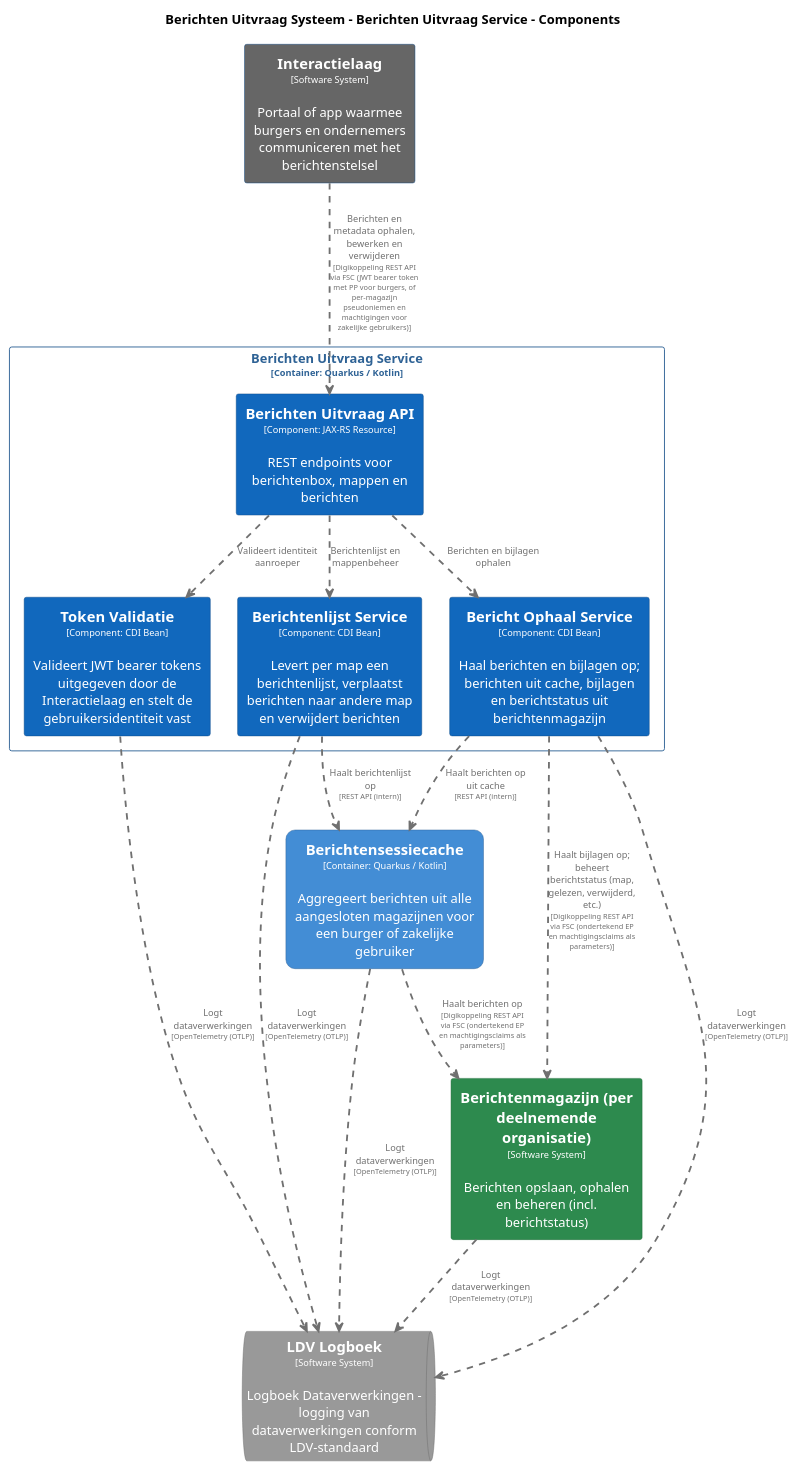
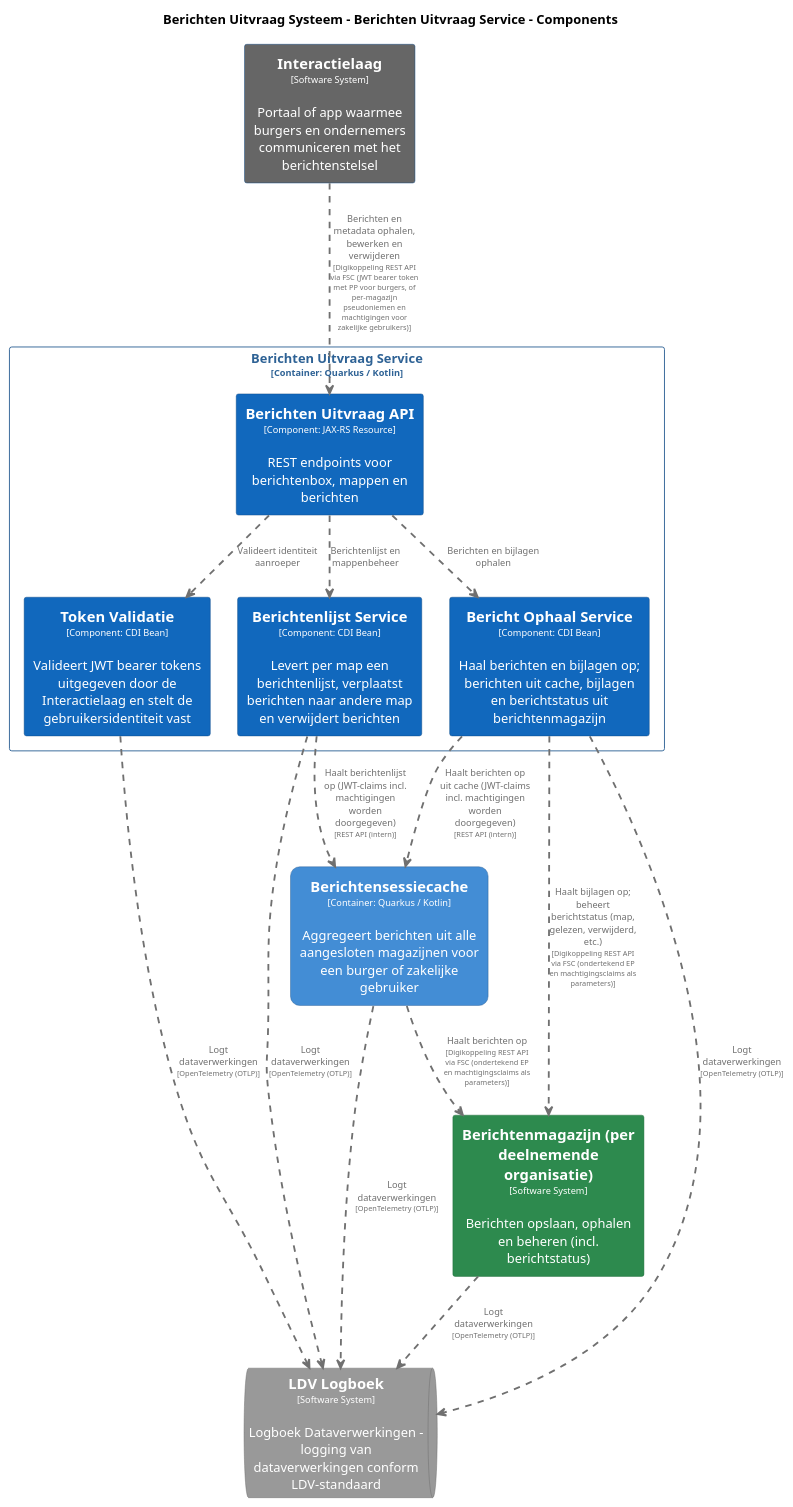
One commit to MinBZK/moza-poc-fbs-berichtenbox changed the diagram in pr-preview/pr-22/master/puml/BerichtenUitvraagServiceComponenten.puml. Above: the diagram before and after it, drawn with PlantUML. The commit also changed 30 other files, not shown here.

```diff
--- a/pr-preview/pr-22/master/puml/BerichtenUitvraagServiceComponenten.puml
+++ b/pr-preview/pr-22/master/puml/BerichtenUitvraagServiceComponenten.puml
@@ -1,98 +1,98 @@
 @startuml
 set separator none
 title Berichten Uitvraag Systeem - Berichten Uitvraag Service - Components
 
 top to bottom direction
 skinparam ranksep 60
 skinparam nodesep 30
 
 skinparam {
   arrowFontSize 10
   defaultTextAlignment center
   wrapWidth 200
   maxMessageSize 100
 }
 
 hide stereotype
 
 skinparam rectangle<<BerichtenUitvraagSysteem.BerichtenUitvraagService.BerichtOphaalService>> {
   BackgroundColor #1168bd
   FontColor #ffffff
   BorderColor #0b4884
   shadowing false
 }
 skinparam rectangle<<BerichtenUitvraagSysteem.BerichtenUitvraagService.BerichtenUitvraagAPI>> {
   BackgroundColor #1168bd
   FontColor #ffffff
   BorderColor #0b4884
   shadowing false
 }
 skinparam rectangle<<BerichtenUitvraagSysteem.BerichtenUitvraagService.BerichtenlijstService>> {
   BackgroundColor #1168bd
   FontColor #ffffff
   BorderColor #0b4884
   shadowing false
 }
 skinparam rectangle<<Berichtenmagazijnperdeelnemendeorganisatie>> {
   BackgroundColor #2d8a4e
   FontColor #ffffff
   BorderColor #1e6b38
   shadowing false
 }
 skinparam rectangle<<BerichtenUitvraagSysteem.Berichtensessiecache>> {
   BackgroundColor #438dd5
   FontColor #ffffff
   BorderColor #2e6295
   roundCorner 20
   shadowing false
 }
 skinparam rectangle<<Interactielaag>> {
   BackgroundColor #666666
   FontColor #ffffff
   BorderColor #0b4884
   shadowing false
 }
 skinparam queue<<LDVLogboek>> {
   BackgroundColor #999999
   FontColor #ffffff
   BorderColor #6b6b6b
   shadowing false
 }
 skinparam rectangle<<BerichtenUitvraagSysteem.BerichtenUitvraagService.TokenValidatie>> {
   BackgroundColor #1168bd
   FontColor #ffffff
   BorderColor #0b4884
   shadowing false
 }
 skinparam rectangle<<BerichtenUitvraagSysteem.BerichtenUitvraagService>> {
   BorderColor #2e6295
   FontColor #2e6295
   shadowing false
 }
 
 rectangle "==Interactielaag\n<size:10>[Software System]</size>\n\nPortaal of app waarmee burgers en ondernemers communiceren met het berichtenstelsel" <<Interactielaag>> as Interactielaag
 rectangle "==Berichtenmagazijn (per deelnemende organisatie)\n<size:10>[Software System]</size>\n\nBerichten opslaan, ophalen en beheren (incl. berichtstatus)" <<Berichtenmagazijnperdeelnemendeorganisatie>> as Berichtenmagazijnperdeelnemendeorganisatie
 rectangle "==Berichtensessiecache\n<size:10>[Container: Quarkus / Kotlin]</size>\n\nAggregeert berichten uit alle aangesloten magazijnen voor een burger of zakelijke gebruiker" <<BerichtenUitvraagSysteem.Berichtensessiecache>> as BerichtenUitvraagSysteem.Berichtensessiecache
 queue "==LDV Logboek\n<size:10>[Software System]</size>\n\nLogboek Dataverwerkingen - logging van dataverwerkingen conform LDV-standaard" <<LDVLogboek>> as LDVLogboek
 
 rectangle "Berichten Uitvraag Service\n<size:10>[Container: Quarkus / Kotlin]</size>" <<BerichtenUitvraagSysteem.BerichtenUitvraagService>> {
   rectangle "==Berichten Uitvraag API\n<size:10>[Component: JAX-RS Resource]</size>\n\nREST endpoints voor berichtenbox, mappen en berichten" <<BerichtenUitvraagSysteem.BerichtenUitvraagService.BerichtenUitvraagAPI>> as BerichtenUitvraagSysteem.BerichtenUitvraagService.BerichtenUitvraagAPI
   rectangle "==Token Validatie\n<size:10>[Component: CDI Bean]</size>\n\nValideert JWT bearer tokens uitgegeven door de Interactielaag en stelt de gebruikersidentiteit vast" <<BerichtenUitvraagSysteem.BerichtenUitvraagService.TokenValidatie>> as BerichtenUitvraagSysteem.BerichtenUitvraagService.TokenValidatie
   rectangle "==Berichtenlijst Service\n<size:10>[Component: CDI Bean]</size>\n\nLevert per map een berichtenlijst, verplaatst berichten naar andere map en verwijdert berichten" <<BerichtenUitvraagSysteem.BerichtenUitvraagService.BerichtenlijstService>> as BerichtenUitvraagSysteem.BerichtenUitvraagService.BerichtenlijstService
   rectangle "==Bericht Ophaal Service\n<size:10>[Component: CDI Bean]</size>\n\nHaal berichten en bijlagen op; berichten uit cache, bijlagen en berichtstatus uit berichtenmagazijn" <<BerichtenUitvraagSysteem.BerichtenUitvraagService.BerichtOphaalService>> as BerichtenUitvraagSysteem.BerichtenUitvraagService.BerichtOphaalService
 }
 
 BerichtenUitvraagSysteem.Berichtensessiecache .[#707070,thickness=2].> Berichtenmagazijnperdeelnemendeorganisatie : "<color:#707070>Haalt berichten op\n<color:#707070><size:8>[Digikoppeling REST API via FSC (ondertekend EP en machtigingsclaims als parameters)]</size>"
 Berichtenmagazijnperdeelnemendeorganisatie .[#707070,thickness=2].> LDVLogboek : "<color:#707070>Logt dataverwerkingen\n<color:#707070><size:8>[OpenTelemetry (OTLP)]</size>"
 BerichtenUitvraagSysteem.Berichtensessiecache .[#707070,thickness=2].> LDVLogboek : "<color:#707070>Logt dataverwerkingen\n<color:#707070><size:8>[OpenTelemetry (OTLP)]</size>"
 BerichtenUitvraagSysteem.BerichtenUitvraagService.TokenValidatie .[#707070,thickness=2].> LDVLogboek : "<color:#707070>Logt dataverwerkingen\n<color:#707070><size:8>[OpenTelemetry (OTLP)]</size>"
 BerichtenUitvraagSysteem.BerichtenUitvraagService.BerichtenlijstService .[#707070,thickness=2].> LDVLogboek : "<color:#707070>Logt dataverwerkingen\n<color:#707070><size:8>[OpenTelemetry (OTLP)]</size>"
 BerichtenUitvraagSysteem.BerichtenUitvraagService.BerichtOphaalService .[#707070,thickness=2].> LDVLogboek : "<color:#707070>Logt dataverwerkingen\n<color:#707070><size:8>[OpenTelemetry (OTLP)]</size>"
 BerichtenUitvraagSysteem.BerichtenUitvraagService.BerichtenUitvraagAPI .[#707070,thickness=2].> BerichtenUitvraagSysteem.BerichtenUitvraagService.TokenValidatie : "<color:#707070>Valideert identiteit aanroeper"
 BerichtenUitvraagSysteem.BerichtenUitvraagService.BerichtenUitvraagAPI .[#707070,thickness=2].> BerichtenUitvraagSysteem.BerichtenUitvraagService.BerichtenlijstService : "<color:#707070>Berichtenlijst en mappenbeheer"
 BerichtenUitvraagSysteem.BerichtenUitvraagService.BerichtenUitvraagAPI .[#707070,thickness=2].> BerichtenUitvraagSysteem.BerichtenUitvraagService.BerichtOphaalService : "<color:#707070>Berichten en bijlagen ophalen"
-BerichtenUitvraagSysteem.BerichtenUitvraagService.BerichtOphaalService .[#707070,thickness=2].> BerichtenUitvraagSysteem.Berichtensessiecache : "<color:#707070>Haalt berichten op uit cache\n<color:#707070><size:8>[REST API (intern)]</size>"
-BerichtenUitvraagSysteem.BerichtenUitvraagService.BerichtenlijstService .[#707070,thickness=2].> BerichtenUitvraagSysteem.Berichtensessiecache : "<color:#707070>Haalt berichtenlijst op\n<color:#707070><size:8>[REST API (intern)]</size>"
+BerichtenUitvraagSysteem.BerichtenUitvraagService.BerichtOphaalService .[#707070,thickness=2].> BerichtenUitvraagSysteem.Berichtensessiecache : "<color:#707070>Haalt berichten op uit cache (JWT-claims incl. machtigingen worden doorgegeven)\n<color:#707070><size:8>[REST API (intern)]</size>"
+BerichtenUitvraagSysteem.BerichtenUitvraagService.BerichtenlijstService .[#707070,thickness=2].> BerichtenUitvraagSysteem.Berichtensessiecache : "<color:#707070>Haalt berichtenlijst op (JWT-claims incl. machtigingen worden doorgegeven)\n<color:#707070><size:8>[REST API (intern)]</size>"
 Interactielaag .[#707070,thickness=2].> BerichtenUitvraagSysteem.BerichtenUitvraagService.BerichtenUitvraagAPI : "<color:#707070>Berichten en metadata ophalen, bewerken en verwijderen\n<color:#707070><size:8>[Digikoppeling REST API via FSC (JWT bearer token met PP voor burgers, of per-magazijn pseudoniemen en machtigingen voor zakelijke gebruikers)]</size>"
 BerichtenUitvraagSysteem.BerichtenUitvraagService.BerichtOphaalService .[#707070,thickness=2].> Berichtenmagazijnperdeelnemendeorganisatie : "<color:#707070>Haalt bijlagen op; beheert berichtstatus (map, gelezen, verwijderd, etc.)\n<color:#707070><size:8>[Digikoppeling REST API via FSC (ondertekend EP en machtigingsclaims als parameters)]</size>"
 @enduml
```
